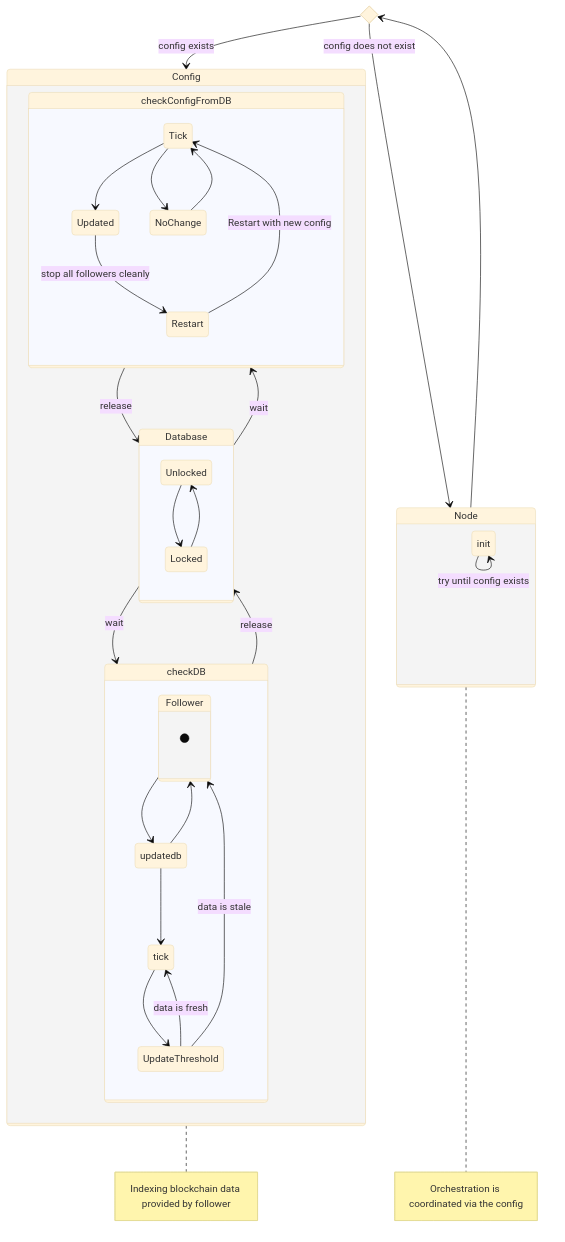
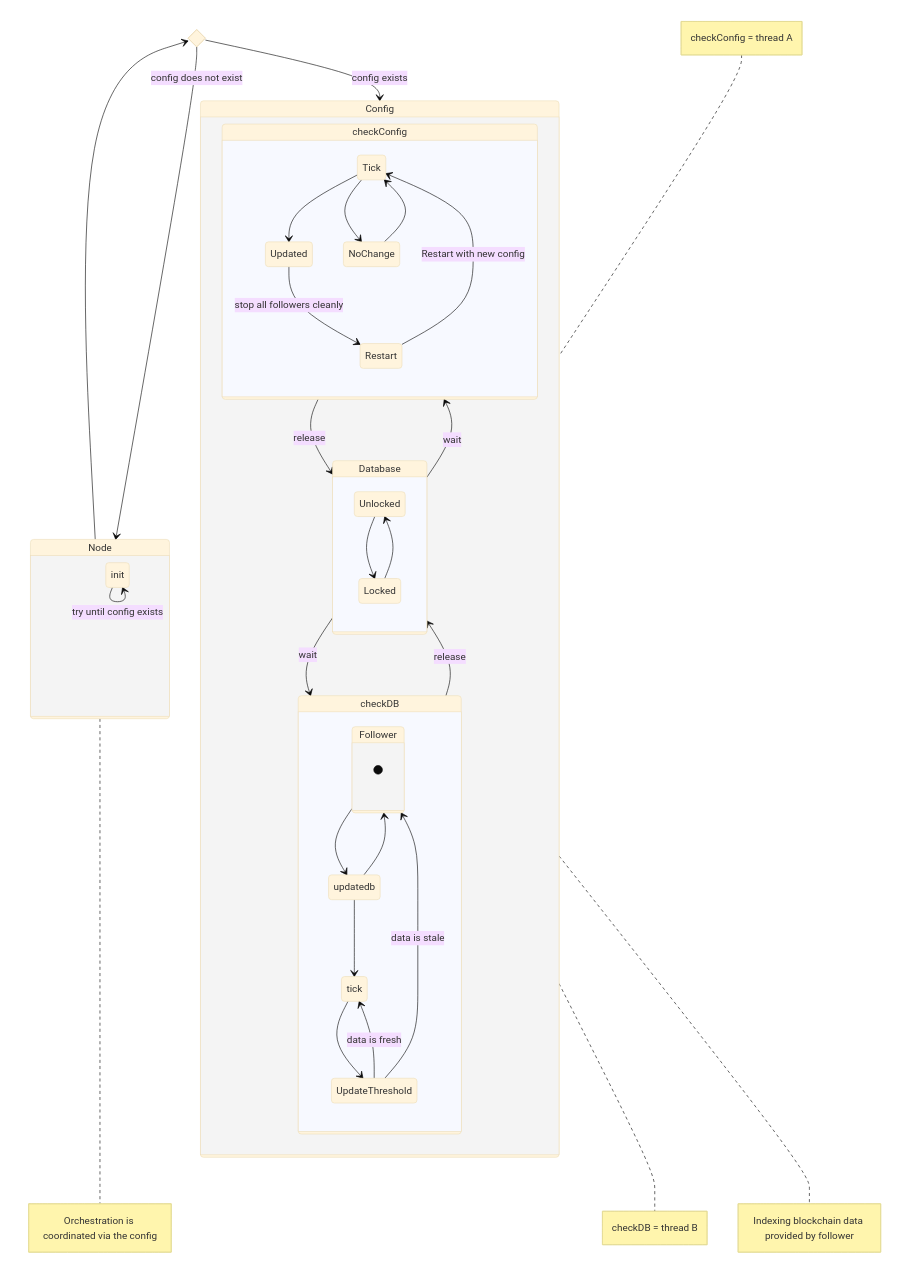
One commit to input-output-hk/catalyst-voices changed the diagram in docs/src/architecture/08_concepts/gateway/mechanics.md. Above: the diagram before and after it, drawn with Mermaid (base theme). The commit also changed 1 other file, not shown here.

Commit message:
docs(skeleton for gateway follower): initial napkin sketches

````diff
--- a/docs/src/architecture/08_concepts/gateway/mechanics.md
+++ b/docs/src/architecture/08_concepts/gateway/mechanics.md
@@ -9,53 +9,63 @@
 ```mermaid
   stateDiagram-v2
     state if_state <<choice>>
     Node -->if_state
     if_state --> Config : config exists
     if_state --> Node: config does not exist
 
 
     note right of Config
             Indexing blockchain data provided by follower
         end note
 
+    
+    note left of Config
+            checkConfig = thread A
+        end note
+
+    
+    note right of Config
+            checkDB = thread B
+        end note
+
+    
     note right of Node
             Orchestration is coordinated via the config
         end note
 
     state Node {
         init --> init: try until config exists
     }
 
     state Follower {
         [*]
     }
 
     state Config {
-        checkConfigFromDB-->Database: release
-        Database-->checkConfigFromDB: wait
+        checkConfig-->Database: release
+        Database-->checkConfig: wait
 
         checkDB-->Database: release
         Database-->checkDB: wait
 
-        State checkConfigFromDB{
+        State checkConfig{
             Tick --> Updated
             Tick --> NoChange: 
             Updated --> Restart: stop all followers cleanly
             Restart --> Tick: Restart with new config
             NoChange--> Tick
         }
         State checkDB{
             tick --> UpdateThreshold
             UpdateThreshold --> tick: data is fresh
             UpdateThreshold--> Follower: data is stale
             updatedb --> tick
             updatedb-->Follower
             Follower -->updatedb
         }
         state Database{
             Unlocked --> Locked
             Locked--> Unlocked
         }
     }
-    
 ```
````
